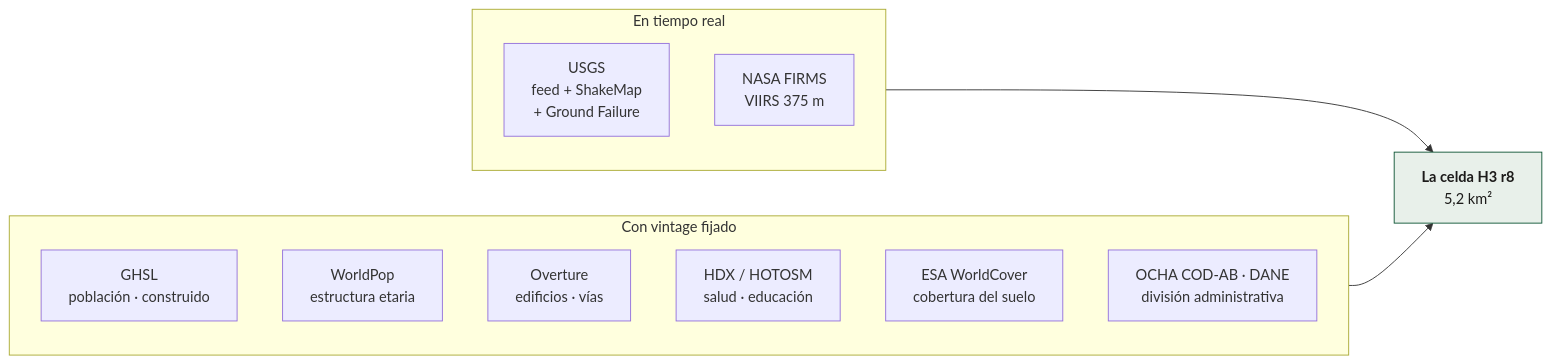
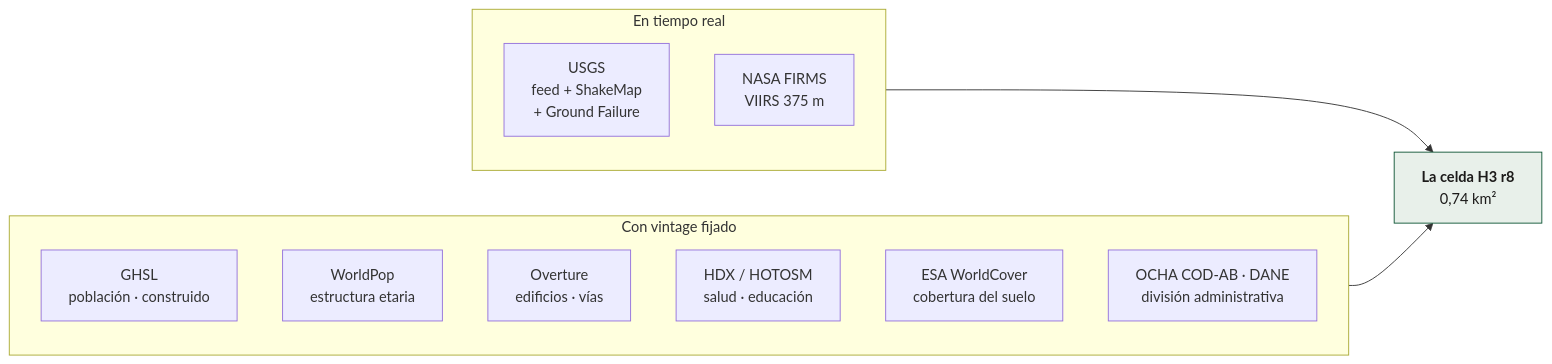
The diagram in docs/datos/README.md (sforero77/CENTINELA), drawn with Mermaid before and after one commit. The commit also changed other lines of this file and 5 other files, not shown here.

````diff
--- a/docs/datos/README.md
+++ b/docs/datos/README.md
@@ -15,20 +15,20 @@
 ```mermaid
 flowchart LR
   subgraph tiempo["En tiempo real"]
     U["USGS<br/>feed + ShakeMap<br/>+ Ground Failure"]
     F["NASA FIRMS<br/>VIIRS 375 m"]
   end
   subgraph vintage["Con vintage fijado"]
     G["GHSL<br/>población · construido"]
     W["WorldPop<br/>estructura etaria"]
     O["Overture<br/>edificios · vías"]
     H["HDX / HOTOSM<br/>salud · educación"]
     E["ESA WorldCover<br/>cobertura del suelo"]
     A["OCHA COD-AB · DANE<br/>división administrativa"]
   end
 
-  tiempo --> CELDA["<b>La celda H3 r8</b><br/>5,2 km²"]
+  tiempo --> CELDA["<b>La celda H3 r8</b><br/>0,74 km²"]
   vintage --> CELDA
 
   style CELDA fill:#e8f0ea,stroke:#0f5636,color:#1c1b1a
 ```
````
